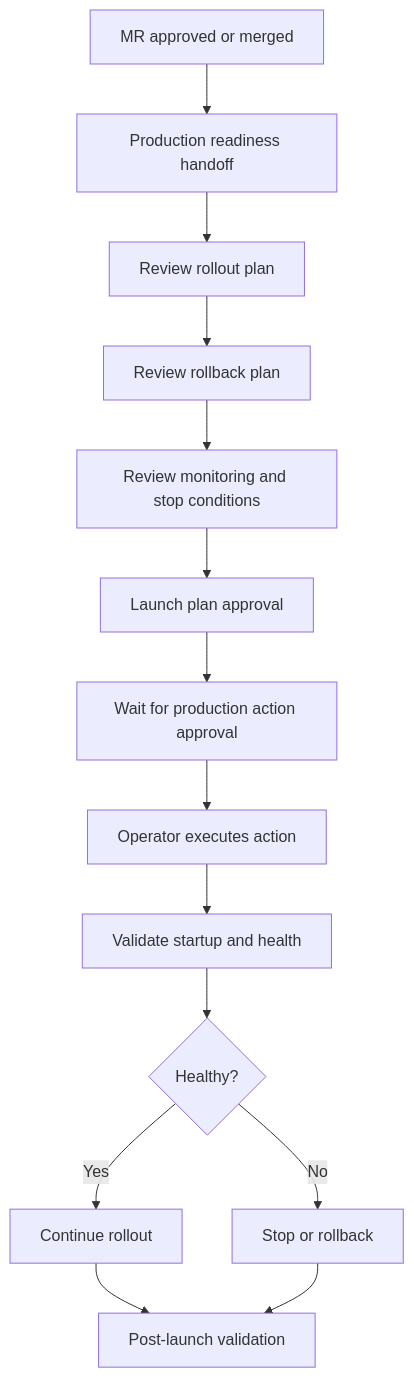
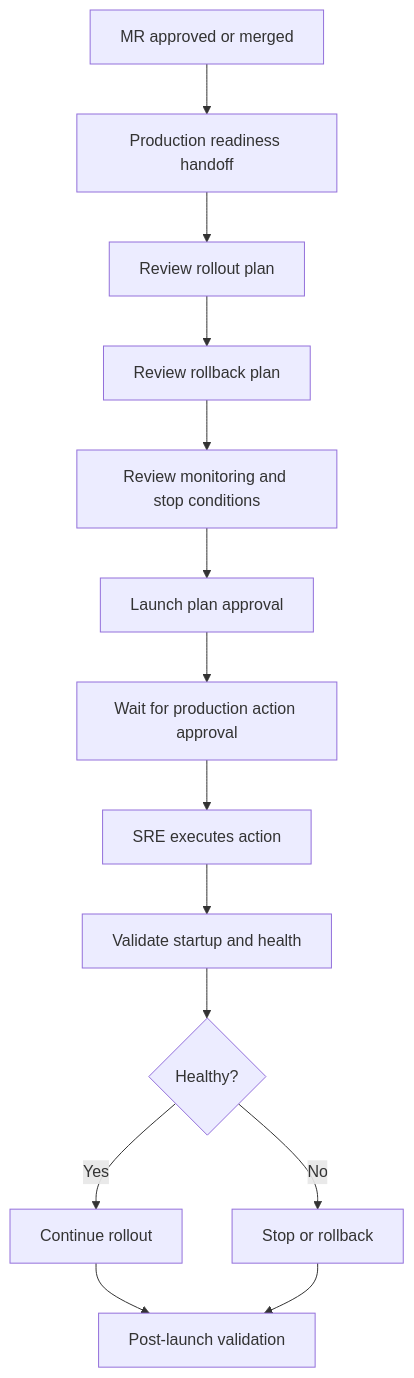
Before and after one commit to ipanardian/ControlFlow: the second of 2 diagrams in docs/state-machine.md, drawn with Mermaid. The commit also changed other lines of this file and 8 other files, not shown here.

````diff
--- a/docs/state-machine.md
+++ b/docs/state-machine.md
@@ -133,16 +135,16 @@
 ```mermaid
 flowchart TD
     A[MR approved or merged] --> B[Production readiness handoff]
     B --> C[Review rollout plan]
     C --> D[Review rollback plan]
     D --> E[Review monitoring and stop conditions]
     E --> F[Launch plan approval]
     F --> G[Wait for production action approval]
-    G --> H[Operator executes action]
+    G --> H[SRE executes action]
     H --> I[Validate startup and health]
     I --> J{Healthy?}
     J -- Yes --> K[Continue rollout]
     J -- No --> L[Stop or rollback]
     K --> M[Post-launch validation]
     L --> M
 ```
````
